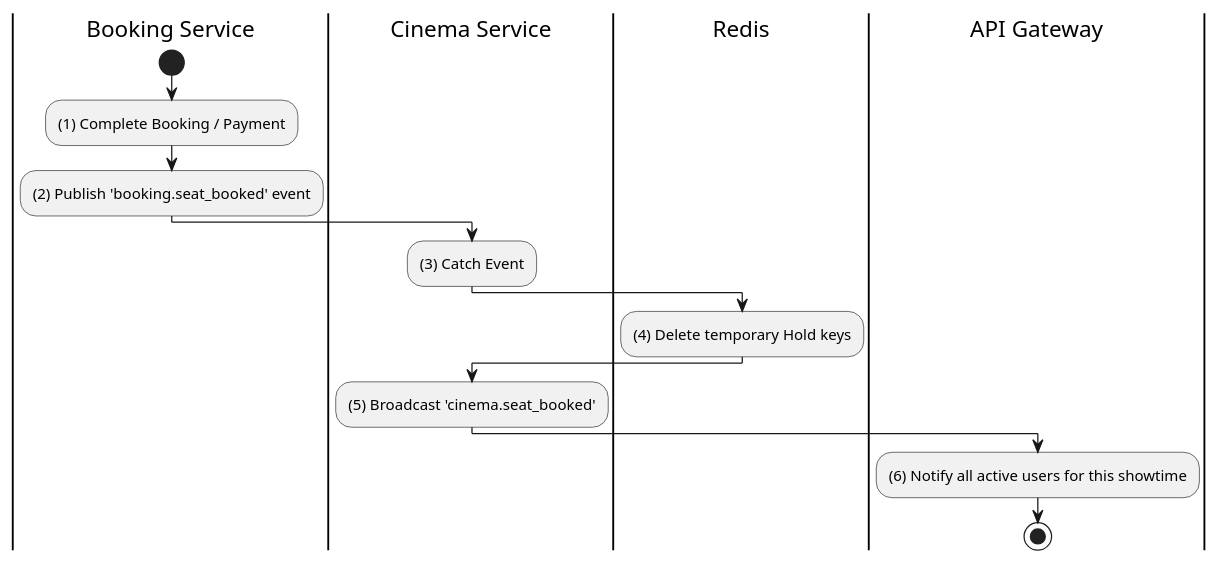
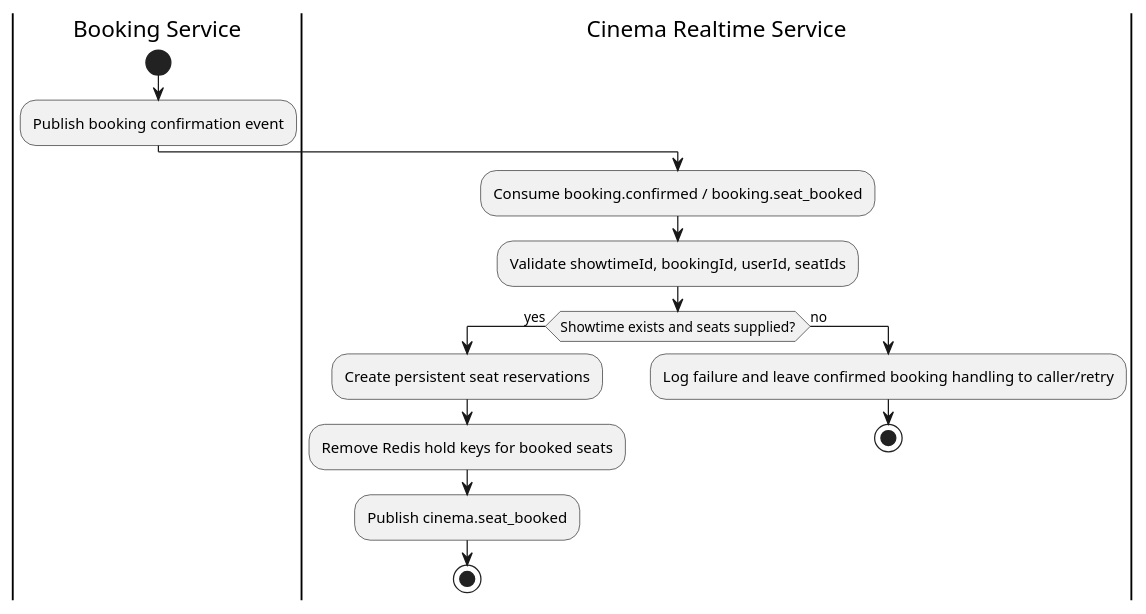
Before and after one commit to Tanh1603/movie-hub-architecture: the second of 2 diagrams in docs/functional_specs/3.5.3_Real-time_Seat_Selection/RT-03_Confirm_Seat_Booked.md, drawn with PlantUML. The commit also changed other lines of this file and 126 other files, not shown here.

````diff
--- a/docs/functional_specs/3.5.3_Real-time_Seat_Selection/RT-03_Confirm_Seat_Booked.md
+++ b/docs/functional_specs/3.5.3_Real-time_Seat_Selection/RT-03_Confirm_Seat_Booked.md
@@ -37,17 +39,19 @@
 ```plantuml
 @startuml
 |Booking Service|
 start
-:(1) Complete Booking / Payment;
-:(2) Publish 'booking.seat_booked' event;
-|Cinema Service|
-:(3) Catch Event;
-|Redis|
-:(4) Delete temporary Hold keys;
-|Cinema Service|
-:(5) Broadcast 'cinema.seat_booked';
-|API Gateway|
-:(6) Notify all active users for this showtime;
-stop
+:Publish booking confirmation event;
+|Cinema Realtime Service|
+:Consume booking.confirmed / booking.seat_booked;
+:Validate showtimeId, bookingId, userId, seatIds;
+if (Showtime exists and seats supplied?) then (yes)
+  :Create persistent seat reservations;
+  :Remove Redis hold keys for booked seats;
+  :Publish cinema.seat_booked;
+  stop
+else (no)
+  :Log failure and leave confirmed booking handling to caller/retry;
+  stop
+endif
 @enduml
 ```
````
